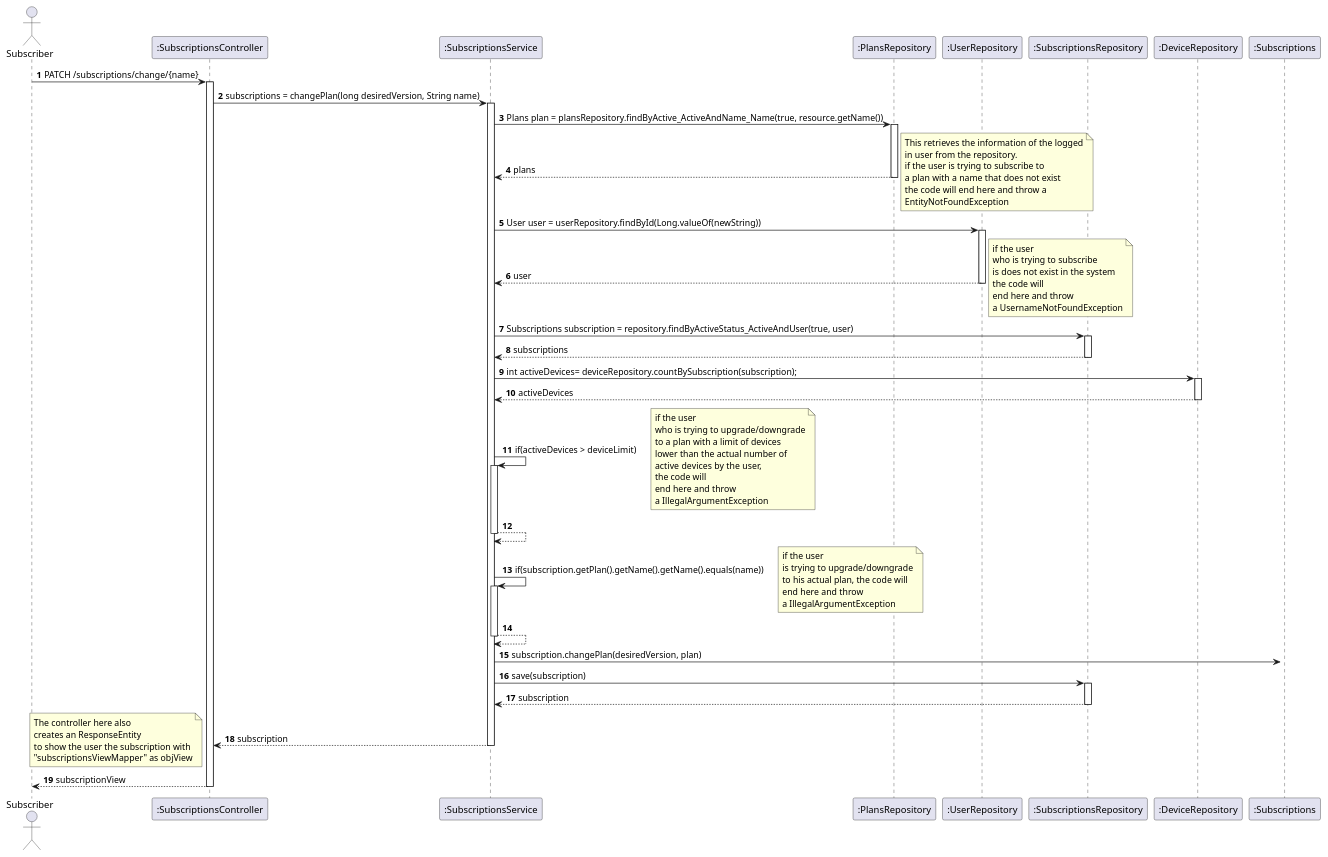
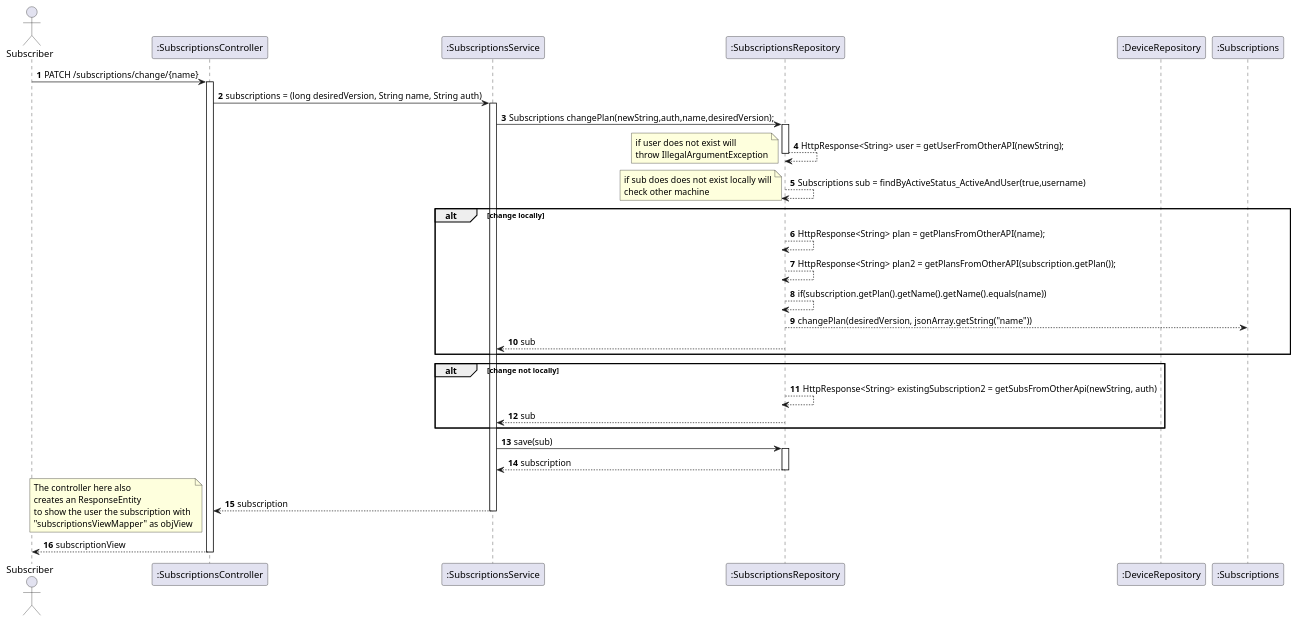
One commit to IsepMartimOliveira/SIDIS changed the diagram in docs_sidis/Subs/UC22 - ChangeSubs_Plan/UC22-SD.puml. Above: the diagram before and after it, drawn with PlantUML. The commit also changed 35 other files, not shown here.

```diff
--- a/docs_sidis/Subs/UC22 - ChangeSubs_Plan/UC22-SD.puml
+++ b/docs_sidis/Subs/UC22 - ChangeSubs_Plan/UC22-SD.puml
@@ -1,93 +1,58 @@
 @startuml
 'https://plantuml.com/sequence-diagram
 autoactivate on
 autonumber
 
 
 actor "Subscriber" as Ac
 participant ":SubscriptionsController" as Ctrl
 participant ":SubscriptionsService" as Serv
-participant ":PlansRepository" as PlanRepo
-participant ":UserRepository" as UserRepo
+
 participant ":SubscriptionsRepository" as SubRepo
 participant ":DeviceRepository" as DevRepo
 participant ":Subscriptions" as Sub
 
 
 Ac -> Ctrl : PATCH /subscriptions/change/{name}
-Ctrl -> Serv : subscriptions = changePlan(long desiredVersion, String name)
-Serv -> PlanRepo :Plans plan = plansRepository.findByActive_ActiveAndName_Name(true, resource.getName())
-PlanRepo --> Serv : plans
-note right
-  This retrieves the information of the logged
-  in user from the repository.
-  if the user is trying to subscribe to
-  a plan with a name that does not exist
-  the code will end here and throw a
-  EntityNotFoundException
-end note
-
-Serv -> UserRepo :User user = userRepository.findById(Long.valueOf(newString))
-UserRepo --> Serv : user
-
-note right
-  if the user
-  who is trying to subscribe
-  is does not exist in the system
-  the code will
-  end here and throw
-  a UsernameNotFoundException
-end note
-
-Serv -> SubRepo :Subscriptions subscription = repository.findByActiveStatus_ActiveAndUser(true, user)
-SubRepo --> Serv : subscriptions
-
-Serv -> DevRepo :  int activeDevices= deviceRepository.countBySubscription(subscription);
-DevRepo --> Serv : activeDevices
-
-Serv -> Serv : if(activeDevices > deviceLimit)
-
-note right
-  if the user
-  who is trying to upgrade/downgrade
-  to a plan with a limit of devices
-  lower than the actual number of
-  active devices by the user,
-  the code will
-  end here and throw
-  a IllegalArgumentException
-end note
-
-Serv --> Serv :
+Ctrl -> Serv : subscriptions = (long desiredVersion, String name, String auth)
+Serv -> SubRepo : Subscriptions changePlan(newString,auth,name,desiredVersion);
 
 
-Serv -> Serv : if(subscription.getPlan().getName().getName().equals(name))
+SubRepo --> SubRepo: HttpResponse<String> user = getUserFromOtherAPI(newString);
+note left
+if user does not exist will
+throw IllegalArgumentException
+end note
+SubRepo --> SubRepo: Subscriptions sub = findByActiveStatus_ActiveAndUser(true,username)
+note left
+if sub does does not exist locally will
+check other machine
+end note
+alt change locally
+SubRepo --> SubRepo: HttpResponse<String> plan = getPlansFromOtherAPI(name);
+SubRepo --> SubRepo: HttpResponse<String> plan2 = getPlansFromOtherAPI(subscription.getPlan());
+SubRepo --> SubRepo : if(subscription.getPlan().getName().getName().equals(name))
+SubRepo --> Sub:changePlan(desiredVersion, jsonArray.getString("name"))
+SubRepo --> Serv :sub
+end alt
 
-note right
-  if the user
-  is trying to upgrade/downgrade
-  to his actual plan, the code will
-  end here and throw
-  a IllegalArgumentException
-end note
+alt change not locally
+SubRepo --> SubRepo: HttpResponse<String> existingSubscription2 = getSubsFromOtherApi(newString, auth)
+SubRepo --> Serv :sub
+end alt
+deactivate Sub
 
-Serv --> Serv :
-deactivate Sub
-Serv -> Sub : subscription.changePlan(desiredVersion, plan)
-
-
-
-Serv -> SubRepo: save(subscription)
+Serv -> SubRepo: save(sub)
 SubRepo --> Serv: subscription
 Serv --> Ctrl: subscription
 
 
 note left
  The controller here also
  creates an ResponseEntity
  to show the user the subscription with
  "subscriptionsViewMapper" as objView
 end note
 Ac <-- Ctrl : subscriptionView
 
 @enduml
```
